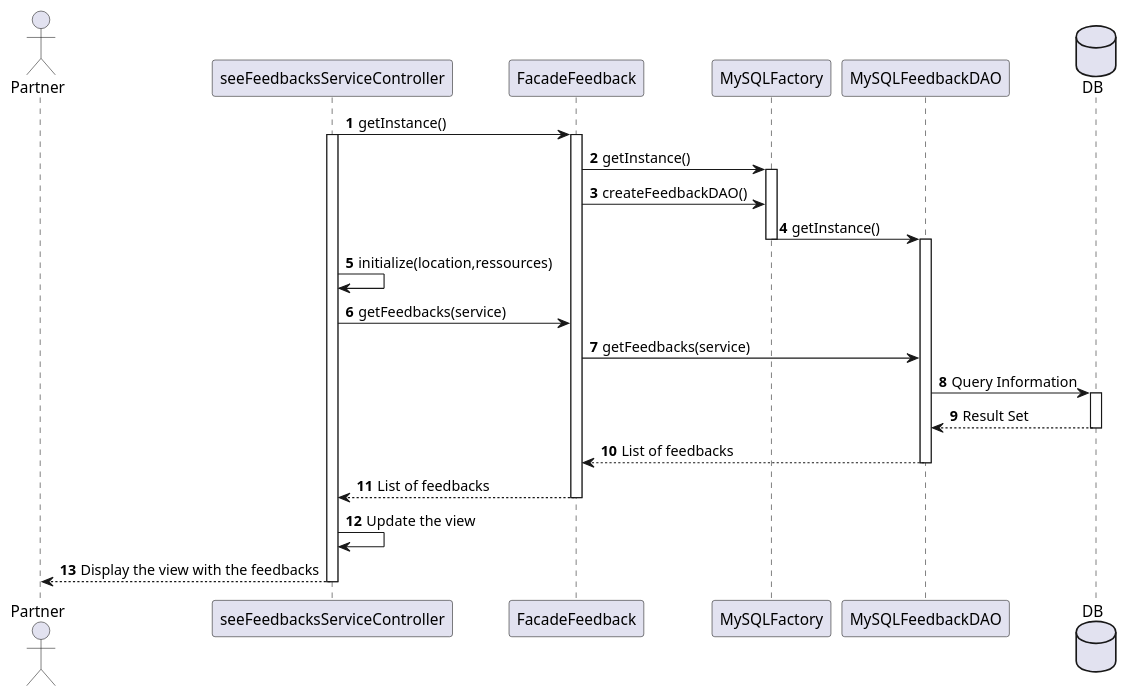
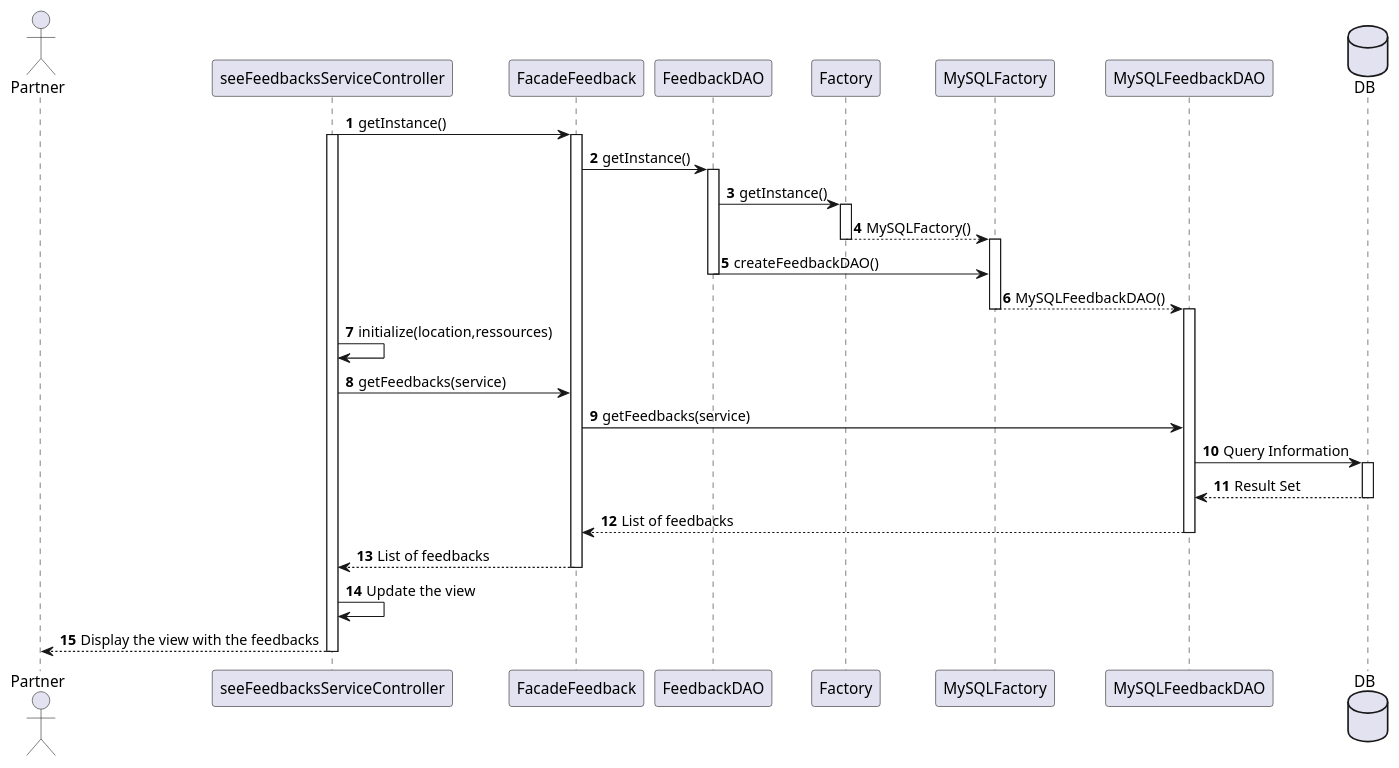
Before and after one commit to guiguie34/StudEasy: the diagram in project_diagrams/sequenceDiagrams/feedbackManagement.puml, drawn with PlantUML. The commit also changed 2 other files, not shown here.

Commit message:
Fix : my sequence diagrams (user/job/feedback)

```diff
--- a/project_diagrams/sequenceDiagrams/feedbackManagement.puml
+++ b/project_diagrams/sequenceDiagrams/feedbackManagement.puml
@@ -1,29 +1,35 @@
 @startuml
 autonumber
 actor Partner
 seeFeedbacksServiceController -> FacadeFeedback : getInstance()
 activate seeFeedbacksServiceController
 activate FacadeFeedback
-FacadeFeedback -> MySQLFactory : getInstance()
+FacadeFeedback -> FeedbackDAO : getInstance()
+activate FeedbackDAO
+FeedbackDAO -> Factory : getInstance()
+activate Factory
+Factory --> MySQLFactory : MySQLFactory()
+deactivate Factory
 activate MySQLFactory
-FacadeFeedback -> MySQLFactory : createFeedbackDAO()
-MySQLFactory -> MySQLFeedbackDAO : getInstance()
+FeedbackDAO -> MySQLFactory : createFeedbackDAO()
+deactivate FeedbackDAO
+MySQLFactory --> MySQLFeedbackDAO : MySQLFeedbackDAO()
 deactivate MySQLFactory
 activate MySQLFeedbackDAO
 deactivate MySQLFeedbackDAO
 seeFeedbacksServiceController -> seeFeedbacksServiceController : initialize(location,ressources)
 seeFeedbacksServiceController -> FacadeFeedback : getFeedbacks(service)
 FacadeFeedback -> MySQLFeedbackDAO : getFeedbacks(service)
 database DB
 MySQLFeedbackDAO -> DB : Query Information
 activate DB
 DB --> MySQLFeedbackDAO : Result Set
 deactivate DB
 MySQLFeedbackDAO --> FacadeFeedback : List of feedbacks
 deactivate MySQLFeedbackDAO
 FacadeFeedback --> seeFeedbacksServiceController : List of feedbacks
 deactivate FacadeFeedback
 seeFeedbacksServiceController -> seeFeedbacksServiceController : Update the view
 seeFeedbacksServiceController --> Partner : Display the view with the feedbacks
 deactivate seeFeedbacksServiceController
 @enduml
```
